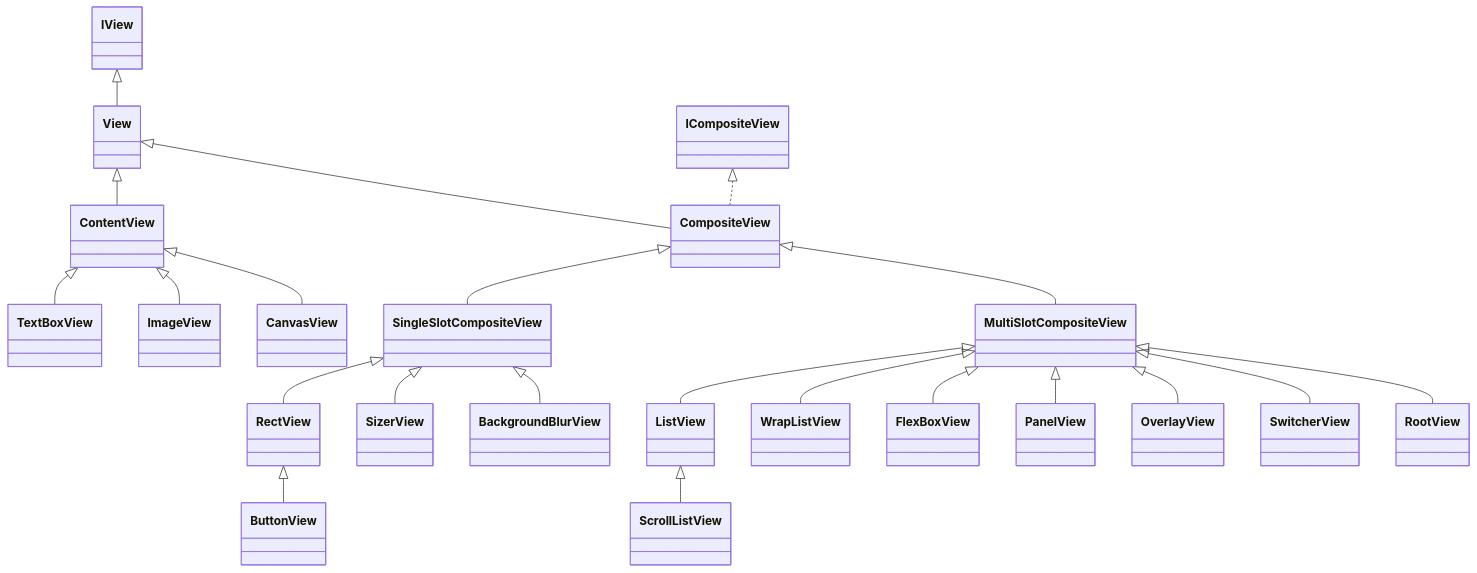
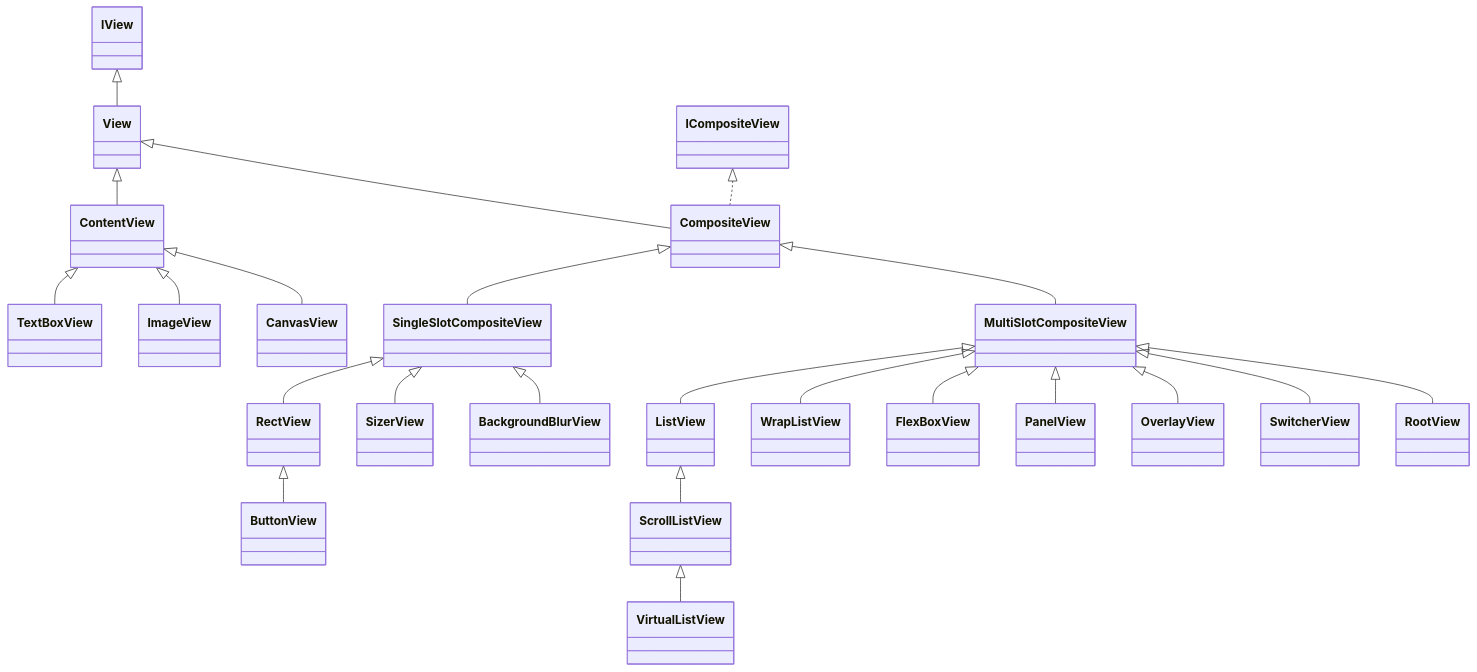
One commit to TareHimself/rin changed the first of 5 diagrams in Engine/Rin.Core/ReadMe.md. Above: the diagram before and after it, drawn with Mermaid. The commit also changed other lines of this file and 3 other files, not shown here.

First line of the commit message:
Add VirtualListView, a recycling scroll list of fixed-size items

````diff
--- a/Engine/Rin.Core/ReadMe.md
+++ b/Engine/Rin.Core/ReadMe.md
@@ -32,24 +32,25 @@
 ```mermaid
 classDiagram
     IView <|-- View
     View <|-- ContentView
     View <|-- CompositeView
     ICompositeView <|.. CompositeView
     CompositeView <|-- SingleSlotCompositeView
     CompositeView <|-- MultiSlotCompositeView
     SingleSlotCompositeView <|-- RectView
     SingleSlotCompositeView <|-- SizerView
     SingleSlotCompositeView <|-- BackgroundBlurView
     MultiSlotCompositeView <|-- ListView
     MultiSlotCompositeView <|-- WrapListView
     MultiSlotCompositeView <|-- FlexBoxView
     MultiSlotCompositeView <|-- PanelView
     MultiSlotCompositeView <|-- OverlayView
     MultiSlotCompositeView <|-- SwitcherView
     MultiSlotCompositeView <|-- RootView
     ListView <|-- ScrollListView
+    ScrollListView <|-- VirtualListView
     RectView <|-- ButtonView
     ContentView <|-- TextBoxView
     ContentView <|-- ImageView
     ContentView <|-- CanvasView
 ```
````
